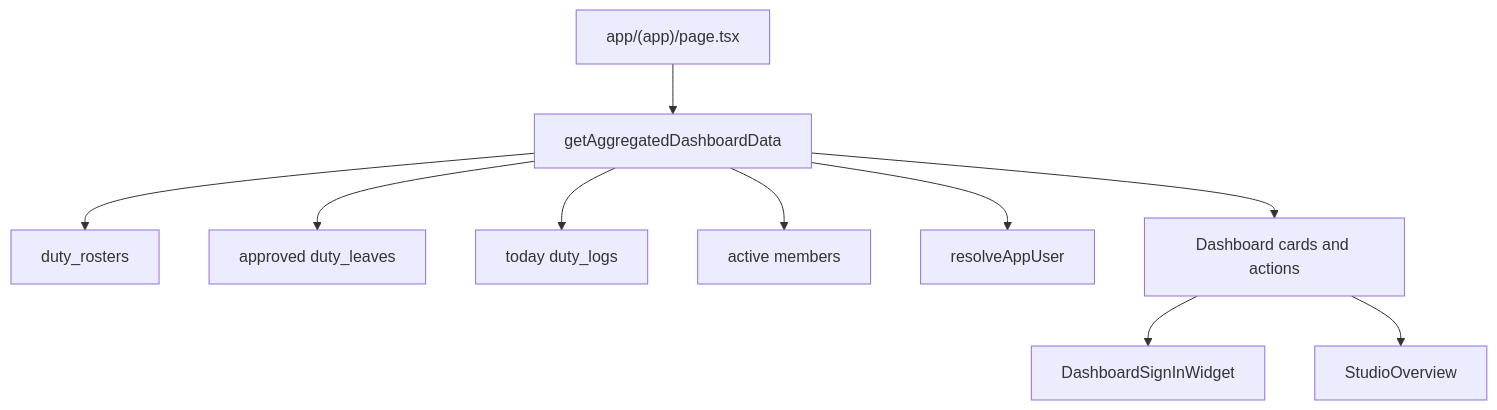
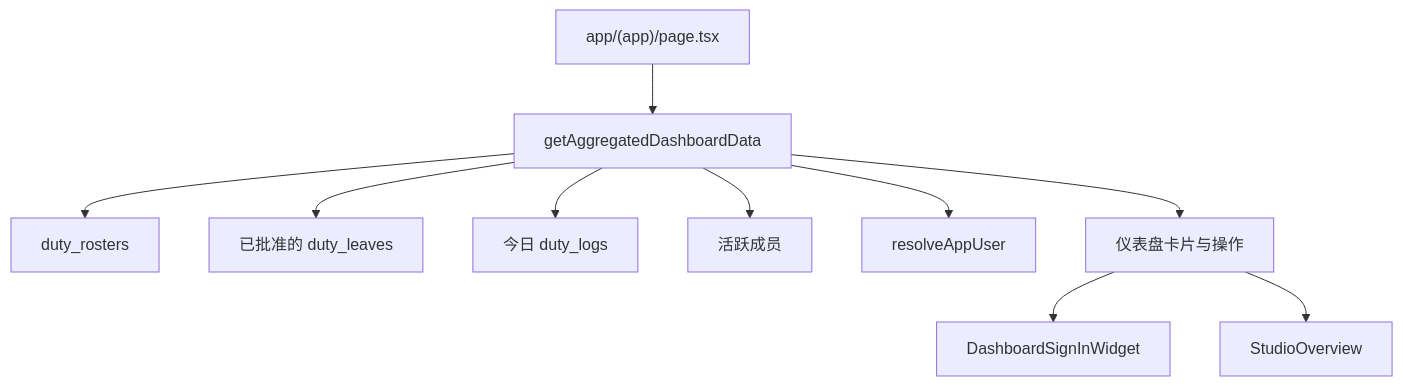
One commit to hainoir/club-platform changed the second of 3 diagrams in docs/architecture.md. Above: the diagram before and after it, drawn with Mermaid. The commit also changed other lines of this file and 48 other files, not shown here.

````diff
--- a/docs/architecture.md
+++ b/docs/architecture.md
@@ -23,12 +23,12 @@
 ```mermaid
 flowchart TB
     Page["app/(app)/page.tsx"] --> Service["getAggregatedDashboardData"]
     Service --> Rosters["duty_rosters"]
-    Service --> Leaves["approved duty_leaves"]
-    Service --> Logs["today duty_logs"]
-    Service --> Members["active members"]
+    Service --> Leaves["已批准的 duty_leaves"]
+    Service --> Logs["今日 duty_logs"]
+    Service --> Members["活跃成员"]
     Service --> ResolveUser["resolveAppUser"]
-    Service --> UI["Dashboard cards and actions"]
+    Service --> UI["仪表盘卡片与操作"]
     UI --> SignIn["DashboardSignInWidget"]
     UI --> Studio["StudioOverview"]
 ```
````
